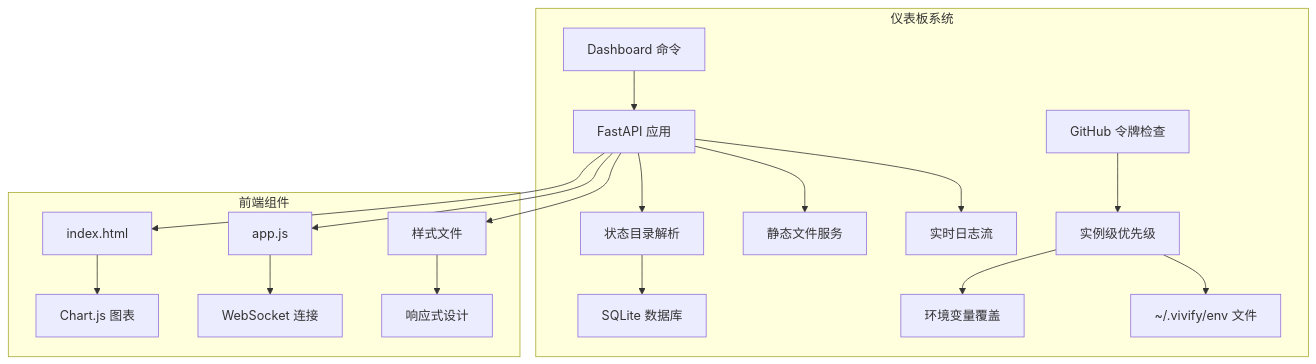
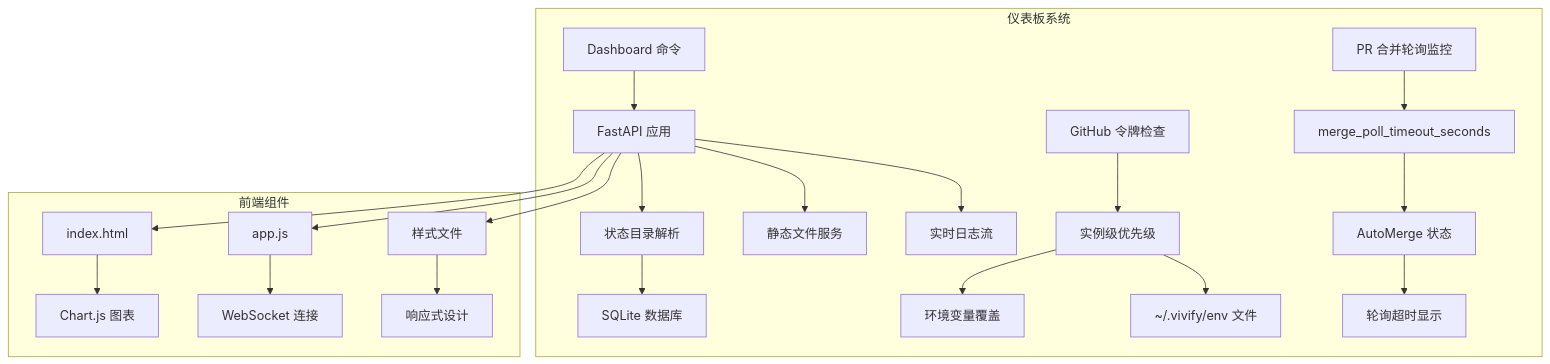
One commit to pinsonchen/vivify changed the seventh of 9 diagrams in .qoder/repowiki/zh/content/技术实现参考/配置文件更新/配置文件更新.md. Above: the diagram before and after it, drawn with Mermaid. The commit also changed other lines of this file and 6 other files, not shown here.

First line of the commit message:
fix: resolve auto_merge worktree conflict and empty branch PR creation

````diff
--- a/.qoder/repowiki/zh/content/技术实现参考/配置文件更新/配置文件更新.md
+++ b/.qoder/repowiki/zh/content/技术实现参考/配置文件更新/配置文件更新.md
@@ -548,21 +571,24 @@
 ```mermaid
 graph TB
 subgraph "仪表板系统"
 A[Dashboard 命令] --> B[FastAPI 应用]
 B --> C[状态目录解析]
 C --> D[SQLite 数据库]
 B --> E[静态文件服务]
 B --> F[实时日志流]
 G[GitHub 令牌检查] --> H[实例级优先级]
 H --> I[环境变量覆盖]
 H --> J[~/.vivify/env 文件]
+K[PR 合并轮询监控] --> L[merge_poll_timeout_seconds]
+L --> M[AutoMerge 状态]
+M --> N[轮询超时显示]
 end
 subgraph "前端组件"
-K[index.html] --> L[Chart.js 图表]
-M[app.js] --> N[WebSocket 连接]
-O[样式文件] --> P[响应式设计]
+O[index.html] --> P[Chart.js 图表]
+Q[app.js] --> R[WebSocket 连接]
+S[样式文件] --> T[响应式设计]
 end
-B --> K
-B --> M
 B --> O
+B --> Q
+B --> S
 ```
````
